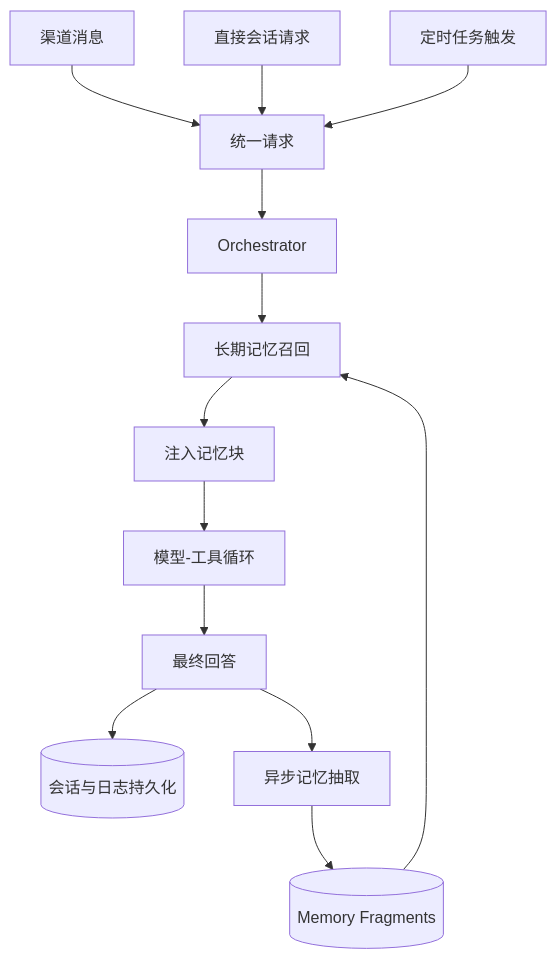
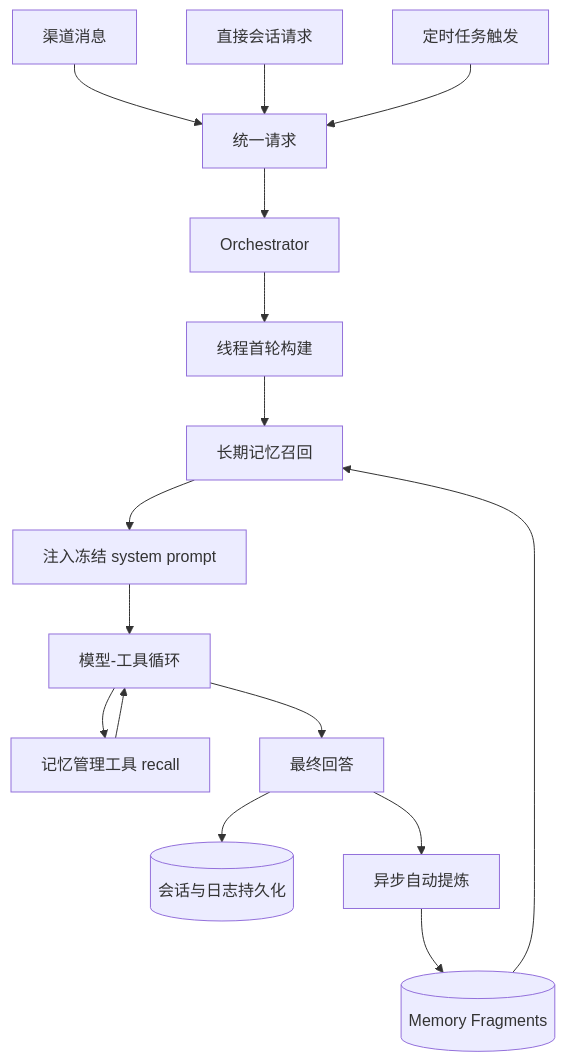
Before and after one commit to ylsdamxssjxxdd/wunder: the fourth of 5 diagrams in docs/智能体设计.md, drawn with Mermaid. The commit also changed other lines of this file and 56 other files, not shown here.

````diff
--- a/docs/智能体设计.md
+++ b/docs/智能体设计.md
@@ -376,15 +516,18 @@
 ```mermaid
 flowchart TB
     CH[渠道消息] --> REQ[统一请求]
     API[直接会话请求] --> REQ
     CRON[定时任务触发] --> REQ
     REQ --> ORCH[Orchestrator]
-    ORCH --> REC[长期记忆召回]
-    REC --> PROMPT[注入记忆块]
+    ORCH --> INIT[线程首轮构建]
+    INIT --> REC[长期记忆召回]
+    REC --> PROMPT[注入冻结 system prompt]
     PROMPT --> LOOP[模型-工具循环]
+    LOOP --> TOOL[记忆管理工具 recall]
+    TOOL --> LOOP
     LOOP --> FINAL[最终回答]
     FINAL --> LOG[(会话与日志持久化)]
-    FINAL --> EXT[异步记忆抽取]
+    FINAL --> EXT[异步自动提炼]
     EXT --> FRAG[(Memory Fragments)]
     FRAG --> REC
 ```
````
